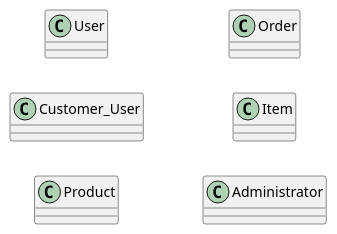
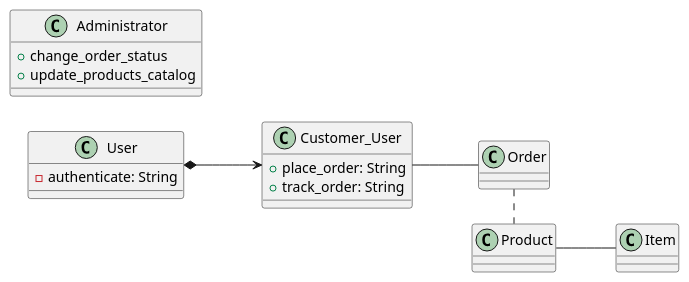
One commit to Kylertk21/SolSystems changed the diagram in uml/class.wsd. Above: the diagram before and after it, drawn with PlantUML.

Commit message:
further work on uml framework

```diff
--- a/uml/class.wsd
+++ b/uml/class.wsd
@@ -1,29 +1,35 @@
 @startuml design
 
 left to right direction
 
 class User{
-
+    -authenticate: String 
 }
 
 class Customer_User{
-
+    +place_order: String
+    +track_order: String
 }
 
 class Product{
 
 }
 
 class Order{
 
 }
 
 class Item{
-    
+
 }
 
 class Administrator{
-
+    +change_order_status
+    +update_products_catalog
 }
 
+User *--> Customer_User
+Customer_User -- Order
+Product -- Item
+Order . Product 
 @enduml
```
